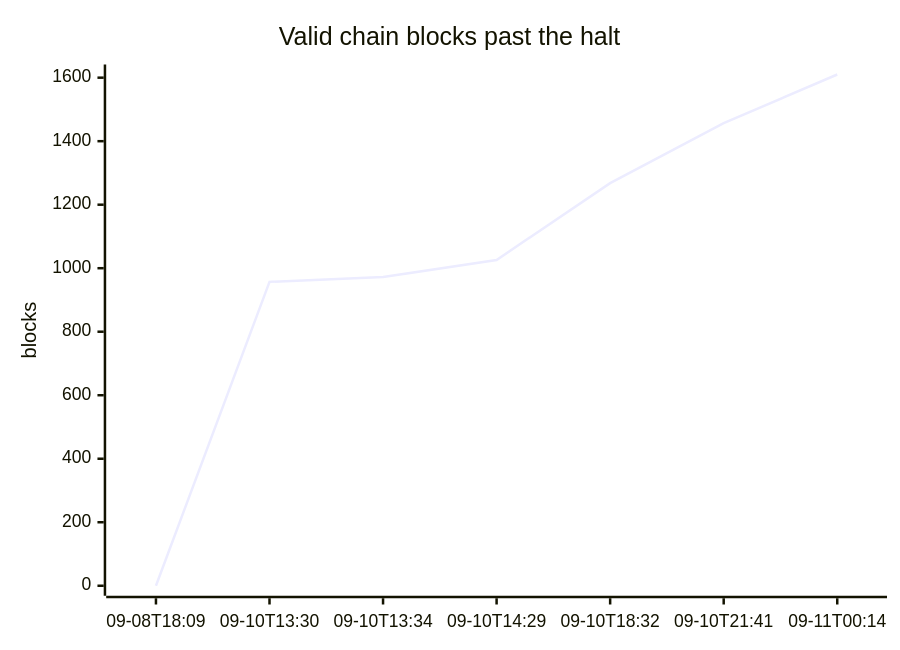
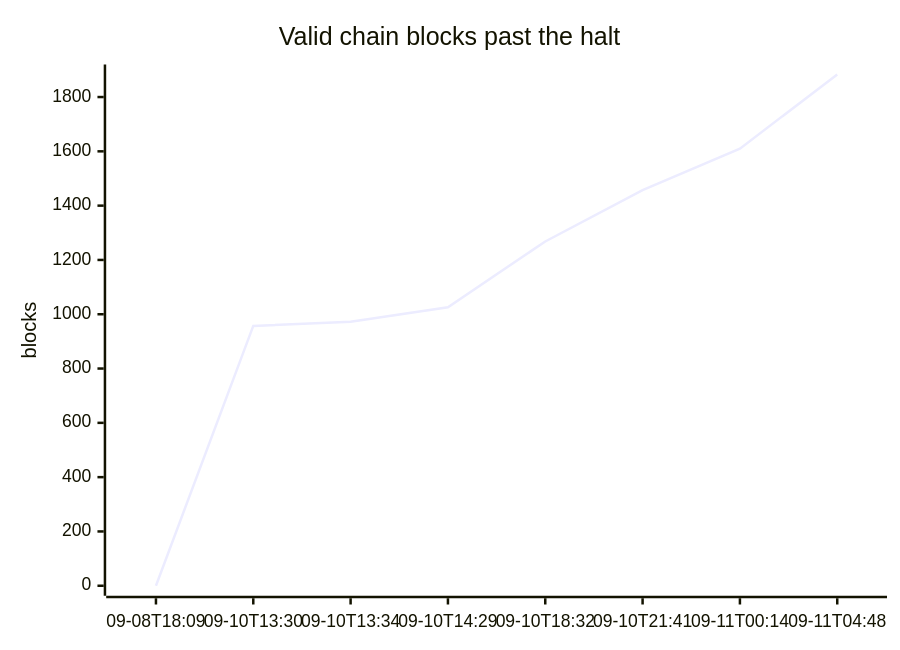
One commit to orangesurf/liquid-transaction-replay-monitor changed the second of 2 diagrams in README.md. Above: the diagram before and after it, drawn with Mermaid. The commit also changed other lines of this file and 2 other files, not shown here.

````diff
--- a/README.md
+++ b/README.md
@@ -32,7 +32,7 @@
 ```mermaid
 xychart-beta
     title "Valid chain blocks past the halt"
-    x-axis ["09-08T18:09", "09-10T13:30", "09-10T13:34", "09-10T14:29", "09-10T18:32", "09-10T21:41", "09-11T00:14"]
-    y-axis "blocks" 0 --> 1610
-    line [0, 957, 972, 1026, 1268, 1457, 1610]
+    x-axis ["09-08T18:09", "09-10T13:30", "09-10T13:34", "09-10T14:29", "09-10T18:32", "09-10T21:41", "09-11T00:14", "09-11T04:48"]
+    y-axis "blocks" 0 --> 1883
+    line [0, 957, 972, 1026, 1268, 1457, 1610, 1883]
 ```
````
